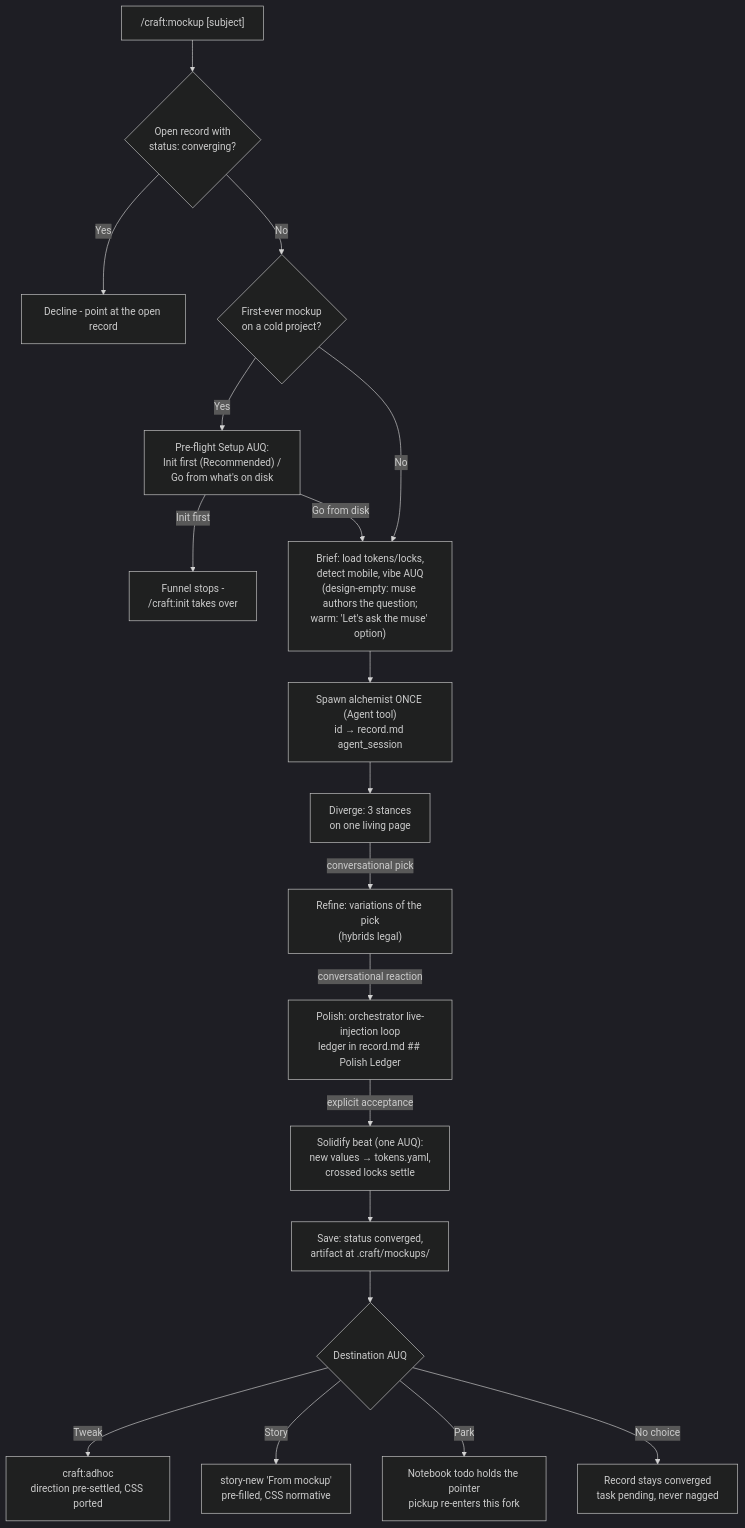
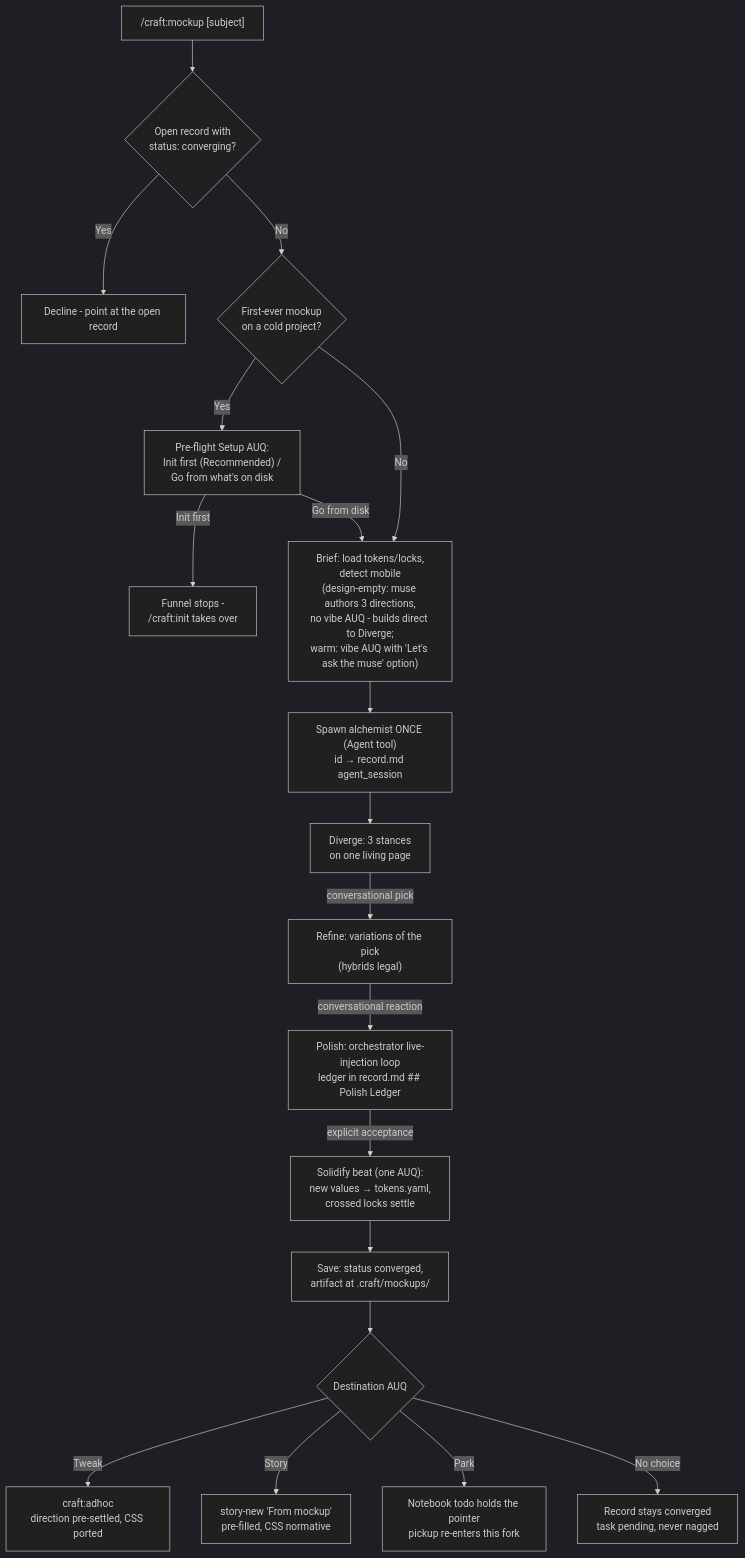
The ninth of 14 diagrams in reference/decision-tree.md (johan--/craft), drawn with Mermaid before and after one commit. The commit also changed 2 other files, not shown here.

Commit message:
chore: v1.99.52 - muse's three directions build direct; docs reconciled to no-widget muse path

````diff
--- a/reference/decision-tree.md
+++ b/reference/decision-tree.md
@@ -450,25 +450,25 @@
 ```mermaid
 %%{init: {'theme': 'dark'}}%%
 flowchart TD
     MOCKUP["/craft:mockup [subject]"] --> GUARD{"Open record with<br/>status: converging?"}
     GUARD -->|Yes| DECLINE["Decline - point at the open record"]
     GUARD -->|No| PREFLIGHT{"First-ever mockup<br/>on a cold project?"}
     PREFLIGHT -->|Yes| SETUPQ["Pre-flight Setup AUQ:<br/>Init first (Recommended) /<br/>Go from what's on disk"]
     SETUPQ -->|"Init first"| TOINIT["Funnel stops -<br/>/craft:init takes over"]
     SETUPQ -->|"Go from disk"| BRIEF
-    PREFLIGHT -->|No| BRIEF["Brief: load tokens/locks,<br/>detect mobile, vibe AUQ<br/>(design-empty: muse authors the question;<br/>warm: 'Let's ask the muse' option)"]
+    PREFLIGHT -->|No| BRIEF["Brief: load tokens/locks,<br/>detect mobile<br/>(design-empty: muse authors 3 directions,<br/>no vibe AUQ - builds direct to Diverge;<br/>warm: vibe AUQ with 'Let's ask the muse' option)"]
 
     BRIEF --> SPAWN["Spawn alchemist ONCE (Agent tool)<br/>id → record.md agent_session"]
     SPAWN --> DIVERGE["Diverge: 3 stances<br/>on one living page"]
     DIVERGE -->|"conversational pick"| REFINE["Refine: variations of the pick<br/>(hybrids legal)"]
     REFINE -->|"conversational reaction"| POLISH["Polish: orchestrator live-injection loop<br/>ledger in record.md ## Polish Ledger"]
 
     POLISH -->|"explicit acceptance"| SOLIDIFY["Solidify beat (one AUQ):<br/>new values → tokens.yaml,<br/>crossed locks settle"]
     SOLIDIFY --> SAVE["Save: status converged,<br/>artifact at .craft/mockups/"]
     SAVE --> DEST{"Destination AUQ"}
 
     DEST -->|"Tweak"| TWEAK["craft:adhoc<br/>direction pre-settled, CSS ported"]
     DEST -->|"Story"| STORY["story-new 'From mockup'<br/>pre-filled, CSS normative"]
     DEST -->|"Park"| PARK["Notebook todo holds the pointer<br/>pickup re-enters this fork"]
     DEST -->|"No choice"| OPEN["Record stays converged<br/>task pending, never nagged"]
 ```
````
